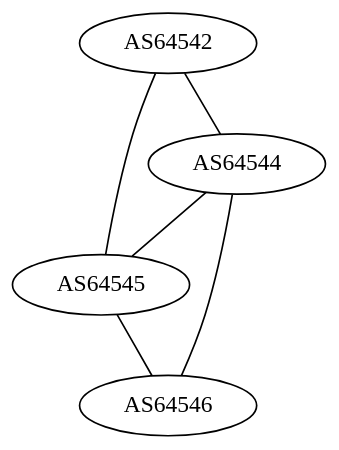
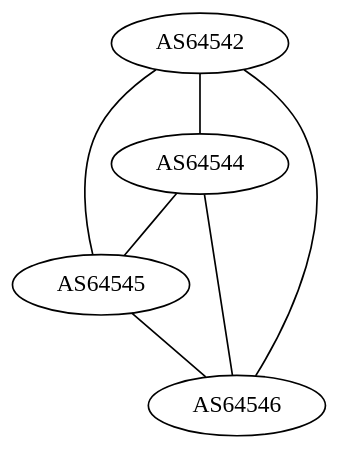
The diagram in as-graph.dot (GLaNET/resources), drawn with Graphviz before and after one commit.

Commit message:
Peering AS64542 - AS64546

```diff
--- a/as-graph.dot
+++ b/as-graph.dot
@@ -1,19 +1,20 @@
 graph GLaNET
 {
         edge [len=2];
         graph [bgcolor=transparent]
 
         //AS64540 [shape=box];
         //AS64540 [label="Caribou Route Server\nAS64540"];
         //AS64540 -- AS64542;
         //AS64540 -- AS64544;
         //AS64540 -- AS64543;
 
         AS64542 -- AS64544; // [label="1"];
         AS64542 -- AS64545;
+        AS64542 -- AS64546
 
-	AS64544 -- AS64545;
+        AS64544 -- AS64545;
         AS64544 -- AS64546;
 
-	AS64545 -- AS64546;
+        AS64545 -- AS64546;
 }
```
